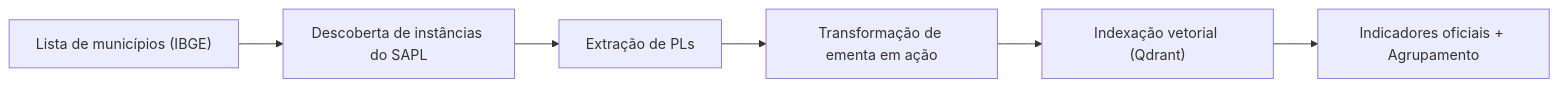
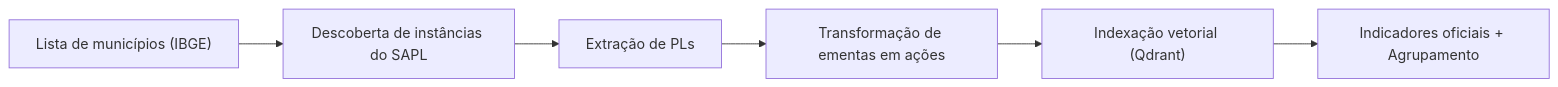
Before and after one commit to thiagoambiel/SonarMunicipal: the diagram in experiments/README.MD, drawn with Mermaid. The commit also changed other lines of this file, not shown here.

````diff
--- a/experiments/README.MD
+++ b/experiments/README.MD
@@ -13,8 +13,8 @@
 ```mermaid
 flowchart LR
   E1["Lista de municípios (IBGE)"] --> E2["Descoberta de instâncias do SAPL"]
   E2 --> E3["Extração de PLs"]
-  E3 --> E4["Transformação de ementa em ação"]
+  E3 --> E4["Transformação de ementas em ações"]
   E4 --> E5["Indexação vetorial (Qdrant)"]
   E5 --> E6["Indicadores oficiais + Agrupamento"]
 ```
````
